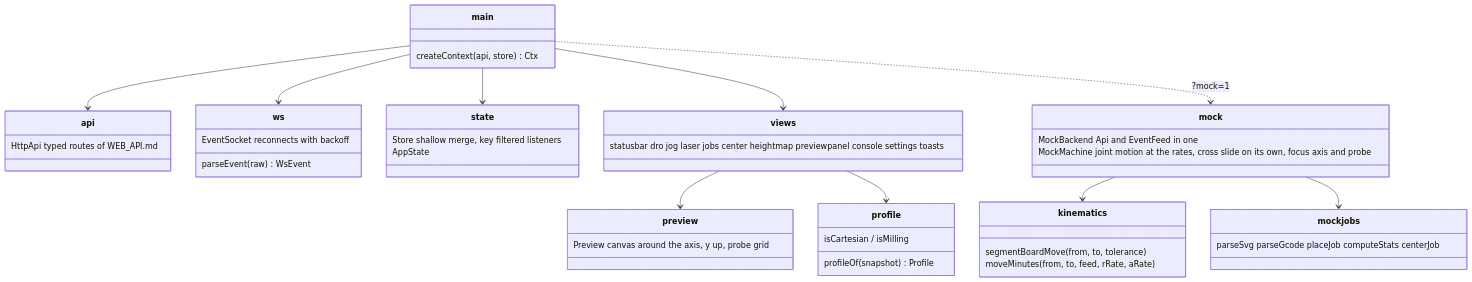
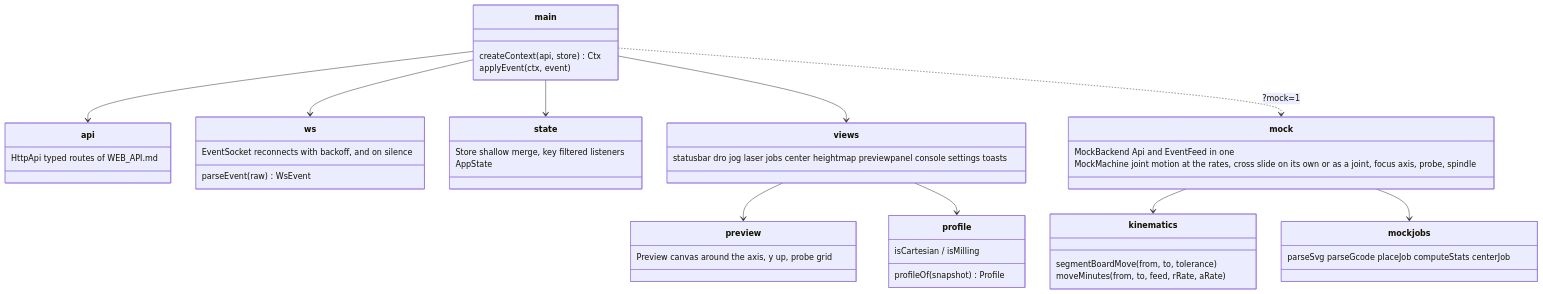
One commit to tmpk13/spinny-cnc changed the diagram in web/frontend/README.md. Above: the diagram before and after it, drawn with Mermaid. The commit also changed other lines of this file and 28 other files, not shown here.

````diff
--- a/web/frontend/README.md
+++ b/web/frontend/README.md
@@ -44,47 +61,48 @@
 ```mermaid
 classDiagram
     class main {
         createContext(api, store) Ctx
+        applyEvent(ctx, event)
     }
     class api {
         HttpApi  typed routes of WEB_API.md
     }
     class ws {
-        EventSocket  reconnects with backoff
+        EventSocket  reconnects with backoff, and on silence
         parseEvent(raw) WsEvent
     }
     class state {
         Store  shallow merge, key filtered listeners
         AppState
     }
     class views {
         statusbar dro jog laser jobs center heightmap previewpanel console settings toasts
     }
     class preview {
         Preview  canvas around the axis, y up, probe grid
     }
     class profile {
         profileOf(snapshot) Profile
         isCartesian / isMilling
     }
     class kinematics {
         segmentBoardMove(from, to, tolerance)
         moveMinutes(from, to, feed, rRate, aRate)
     }
     class mock {
         MockBackend  Api and EventFeed in one
-        MockMachine  joint motion at the rates, cross slide on its own, focus axis and probe
+        MockMachine  joint motion at the rates, cross slide on its own or as a joint, focus axis, probe, spindle
     }
     class mockjobs {
         parseSvg parseGcode placeJob computeStats centerJob
     }
     main --> api
     main --> ws
     main --> state
     main --> views
     views --> preview
     views --> profile
     mock --> kinematics
     mock --> mockjobs
     main ..> mock : ?mock=1
 ```
````
